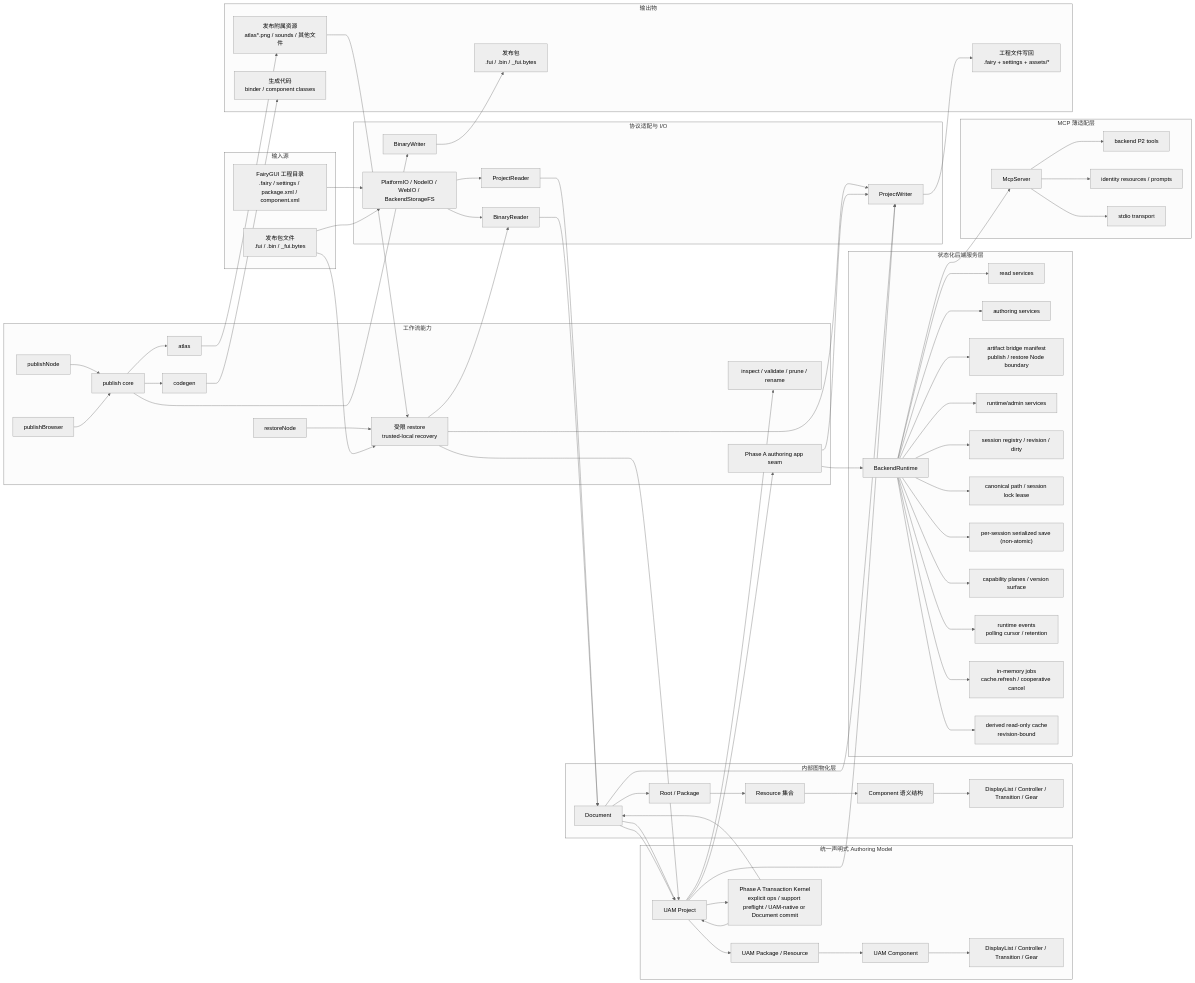
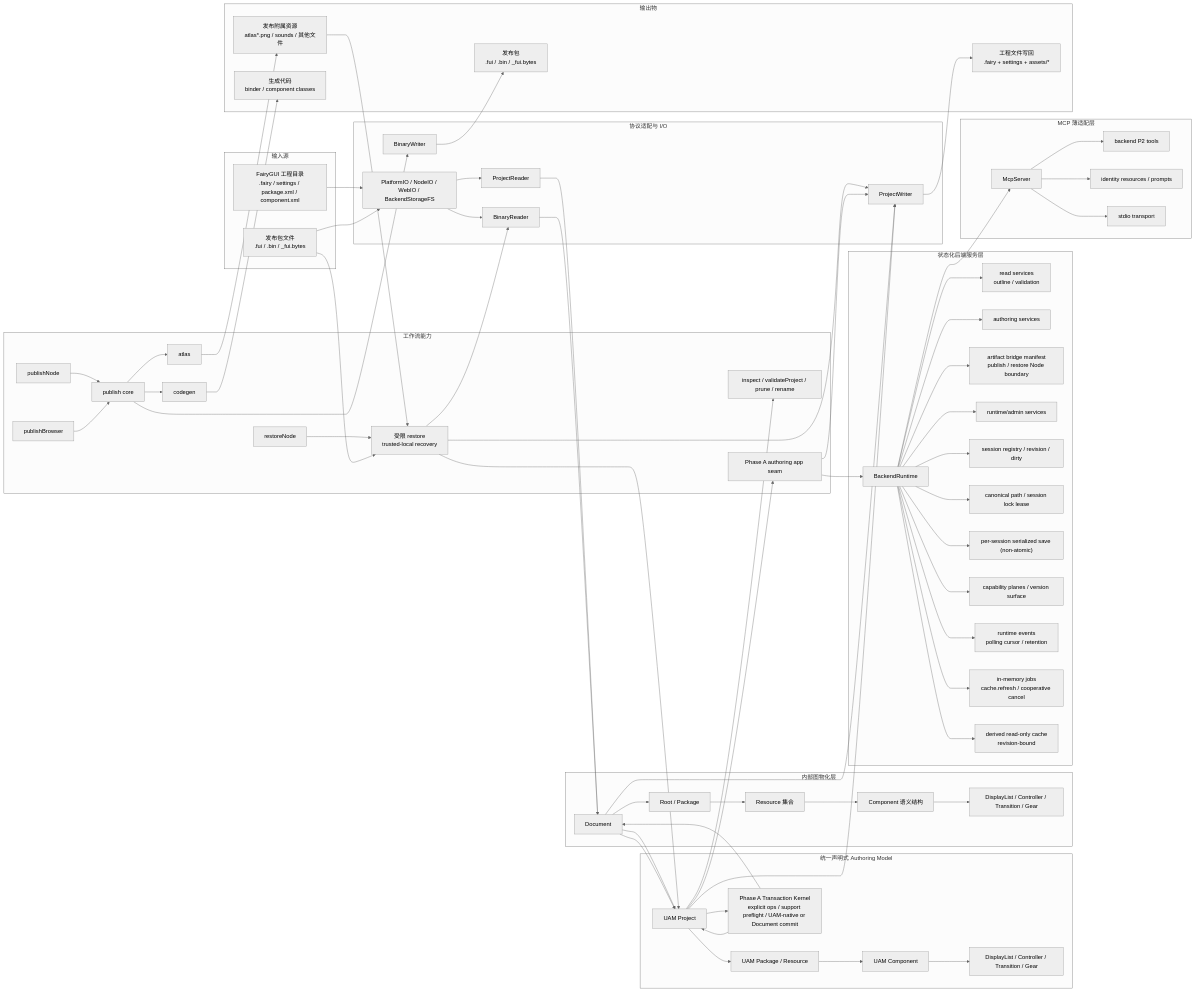
The first of 2 diagrams in docs/architecture-overview.md (OpenFairyGUI/OpenFairyGUI), drawn with Mermaid (neutral theme) before and after one commit. The commit also changed other lines of this file and 54 other files, not shown here.

Commit message:
feat: add project validation workflow

```diff
--- a/docs/architecture-overview.md
+++ b/docs/architecture-overview.md
@@ -41,7 +41,7 @@
     end
 
     subgraph WF["工作流能力"]
-        OPS["inspect / validate / prune / rename"]
+        OPS["inspect / validateProject / prune / rename"]
         APP["Phase A authoring app seam"]
         PUB["publish core"]
         PUBNODE["publishNode"]
@@ -57,7 +57,7 @@
 
     subgraph BE["状态化后端服务层"]
         RT["BackendRuntime"]
-        RS["read services"]
+        RS["read services<br/>outline / validation"]
         AS["authoring services"]
         AR["artifact bridge manifest<br/>publish / restore Node boundary"]
         RU["runtime/admin services"]
```
